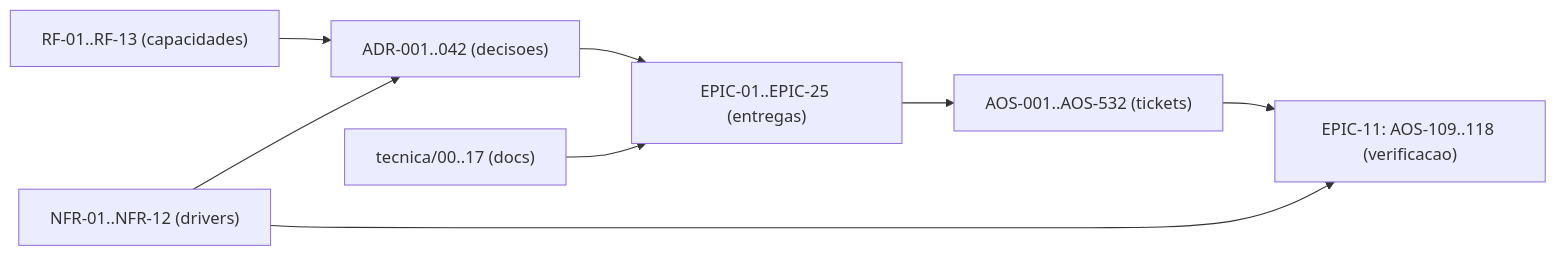
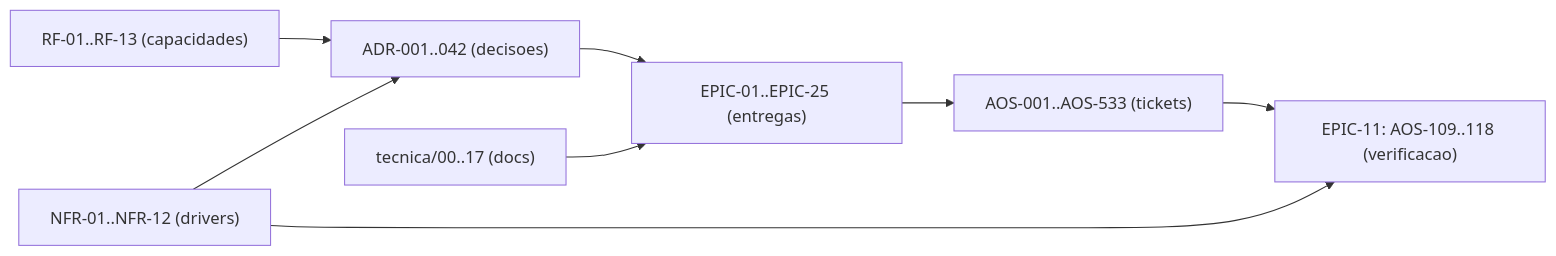
One commit to albinoJimy/aos changed the diagram in tecnica/16_Rastreabilidade_RTM.md. Above: the diagram before and after it, drawn with Mermaid. The commit also changed other lines of this file and 13 other files, not shown here.

````diff
--- a/tecnica/16_Rastreabilidade_RTM.md
+++ b/tecnica/16_Rastreabilidade_RTM.md
@@ -211,10 +211,10 @@
 ```mermaid
 flowchart LR
     RF["RF-01..RF-13 (capacidades)"] --> ADR["ADR-001..042 (decisoes)"]
     NFR["NFR-01..NFR-12 (drivers)"] --> ADR
     ADR --> EPIC["EPIC-01..EPIC-25 (entregas)"]
-    EPIC --> TICK["AOS-001..AOS-532 (tickets)"]
+    EPIC --> TICK["AOS-001..AOS-533 (tickets)"]
     DOC["tecnica/00..17 (docs)"] --> EPIC
     TICK --> TEST["EPIC-11: AOS-109..118 (verificacao)"]
     NFR --> TEST
 ```
````
